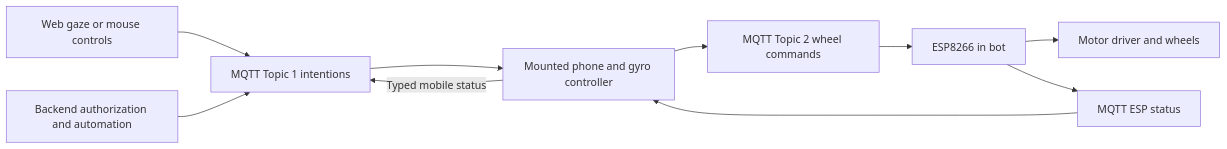
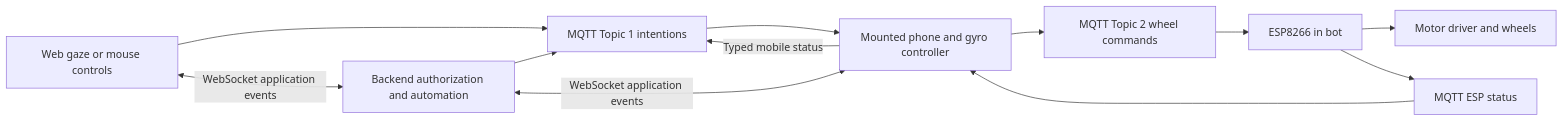
Before and after one commit to sahilchabra09/Teekhi_Nazaar: the diagram in docs/PLAN.md, drawn with Mermaid. The commit also changed other lines of this file and 9 other files, not shown here.

Commit message:
docs: restore WebSocket application links alongside MQTT movement

````diff
--- a/docs/PLAN.md
+++ b/docs/PLAN.md
@@ -15,12 +15,14 @@
 ```mermaid
 flowchart LR
     UI[Web gaze or mouse controls] --> T1["MQTT Topic 1 intentions"]
     B[Backend authorization and automation] --> T1
     T1 --> P[Mounted phone and gyro controller]
     P --> T2["MQTT Topic 2 wheel commands"]
     T2 --> E[ESP8266 in bot]
     E --> W[Motor driver and wheels]
     E --> S["MQTT ESP status"]
     S --> P
     P -->|Typed mobile status| T1
+    UI <-->|WebSocket application events| B
+    B <-->|WebSocket application events| P
 ```
````
